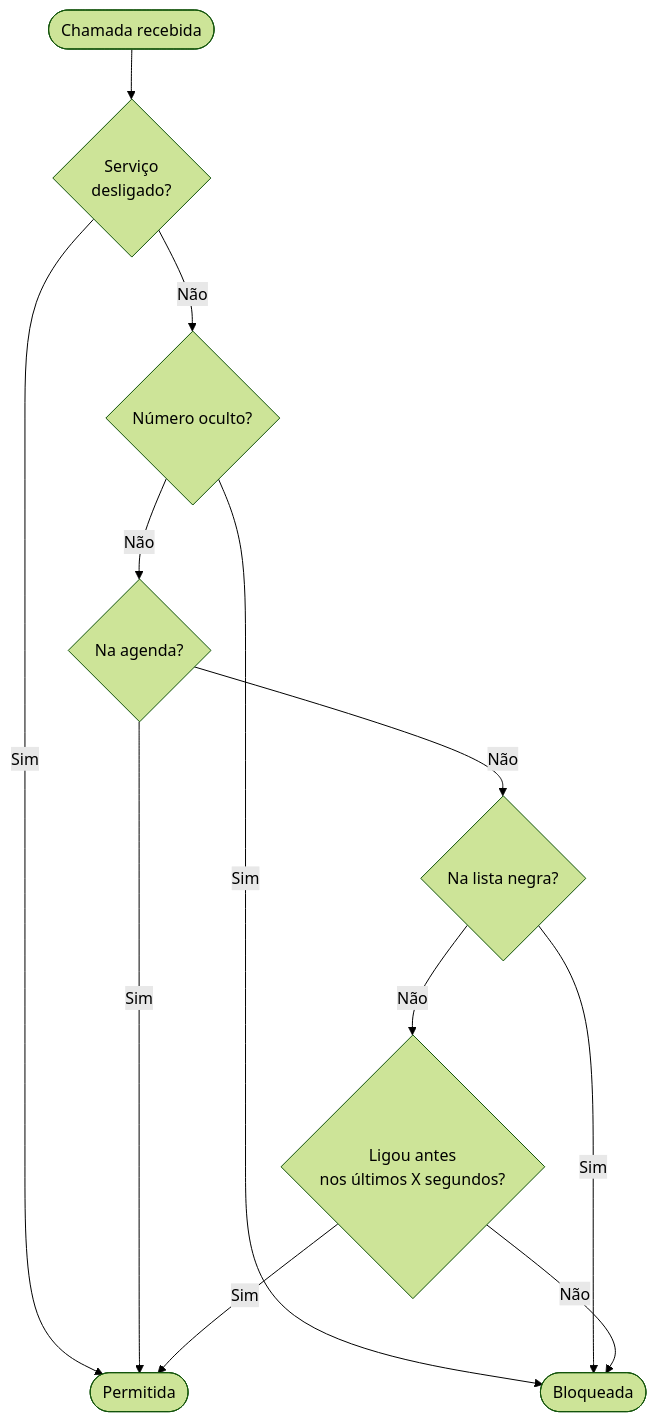
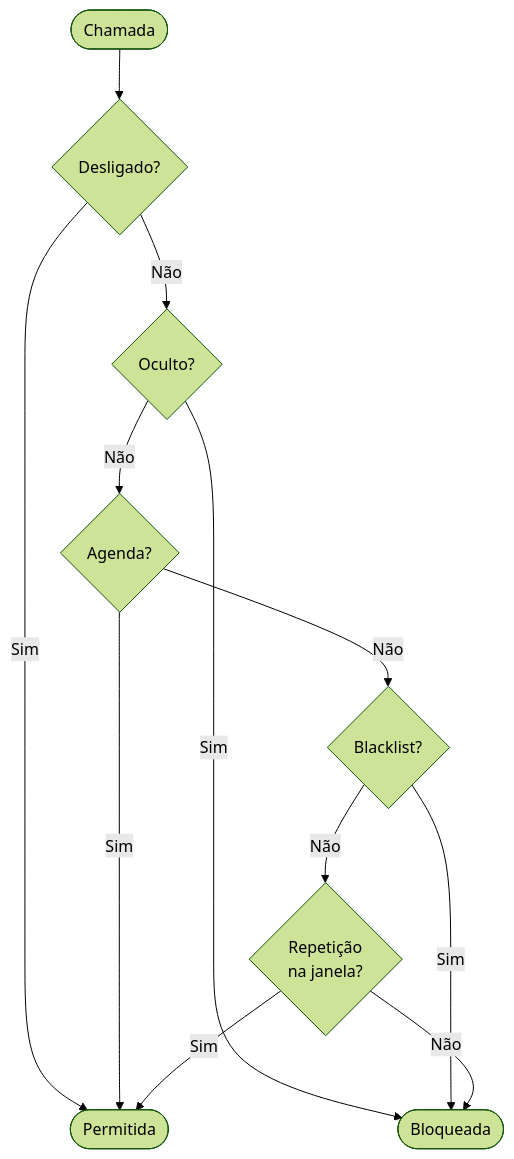
Before and after one commit to acdcmaia/call-guard: the diagram in README.md, drawn with Mermaid (forest theme).

Commit message:
docs: shorten flowchart node labels for compact rendering

````diff
--- a/README.md
+++ b/README.md
@@ -7,14 +7,14 @@
 ```mermaid
 flowchart TD
-    A([Chamada recebida]) --> OFF{Serviço\ndesligado?}
+    A([Chamada]) --> OFF{Desligado?}
     OFF -- Sim --> E([Permitida])
-    OFF -- Não --> P{Número oculto?}
+    OFF -- Não --> P{Oculto?}
     P -- Sim --> C([Bloqueada])
-    P -- Não --> CK{Na agenda?}
+    P -- Não --> CK{Agenda?}
     CK -- Sim --> E
-    CK -- Não --> B{Na lista negra?}
+    CK -- Não --> B{Blacklist?}
     B -- Sim --> C
-    B -- Não --> D{Ligou antes\nnos últimos X segundos?}
+    B -- Não --> D{Repetição\nna janela?}
     D -- Não --> C
     D -- Sim --> E
 ```
````
